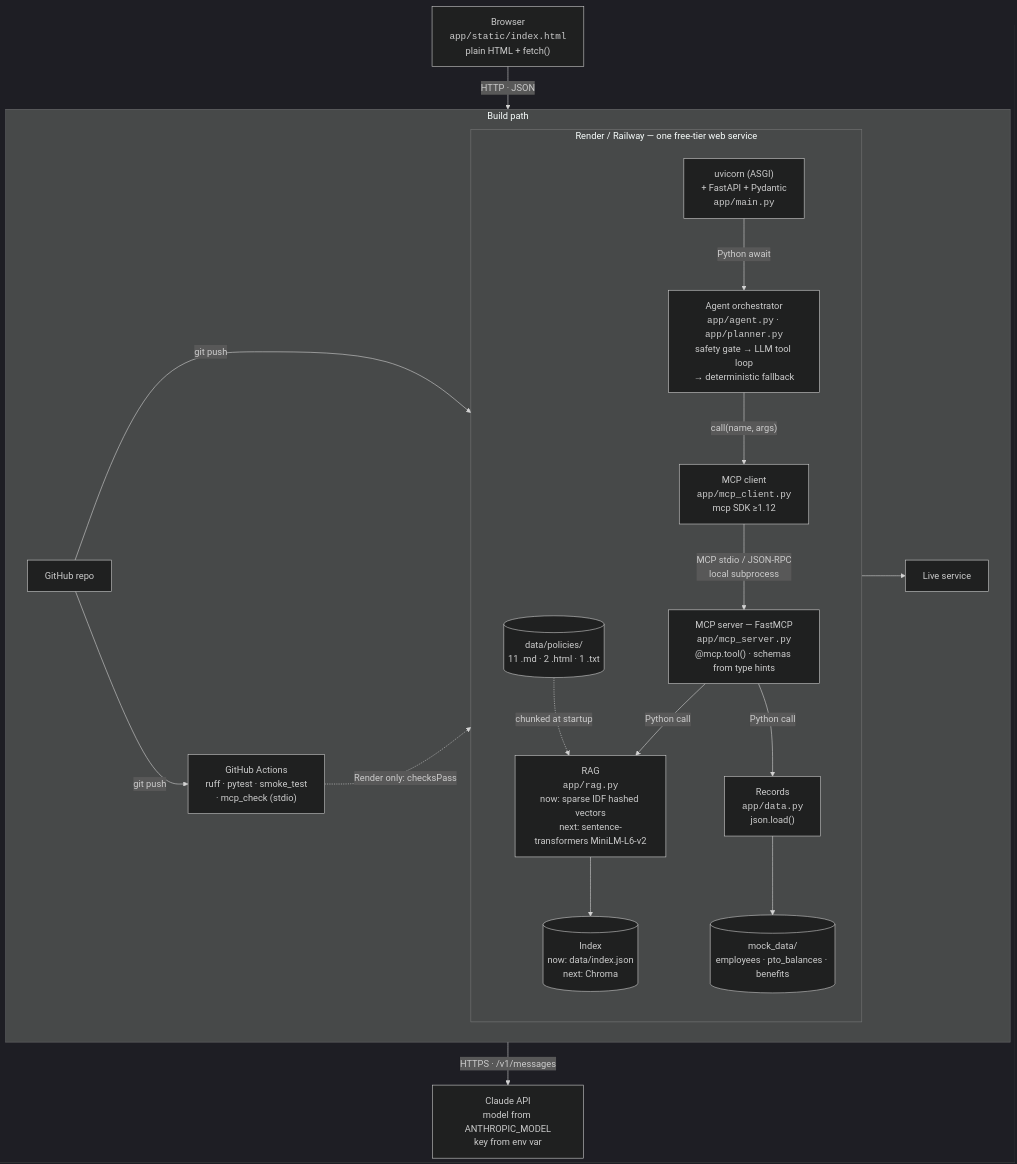
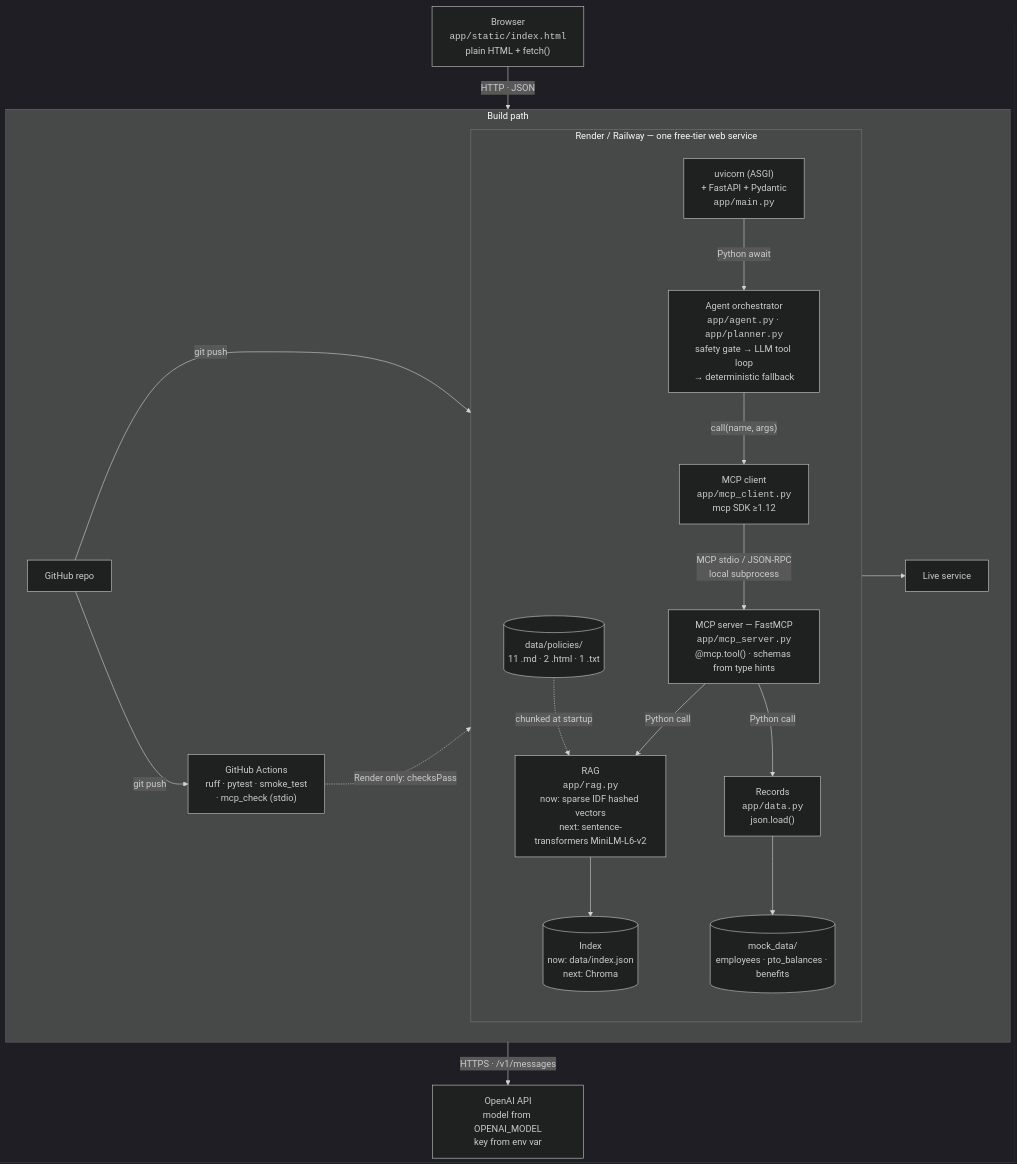
One commit to mehdihamid1/prj changed the second of 2 diagrams in design-and-evaluation.md. Above: the diagram before and after it, drawn with Mermaid (dark theme). The commit also changed other lines of this file and 11 other files, not shown here.

First line of the commit message:
Switch the LLM planner from Anthropic to OpenAI

````diff
--- a/design-and-evaluation.md
+++ b/design-and-evaluation.md
@@ -69,38 +69,38 @@
 ```mermaid
 flowchart TB
     browser["Browser<br/><code>app/static/index.html</code><br/>plain HTML + fetch()"]
 
     subgraph host["Render / Railway — one free-tier web service"]
         direction TB
         server["uvicorn (ASGI)<br/>+ FastAPI + Pydantic<br/><code>app/main.py</code>"]
         orch["Agent orchestrator<br/><code>app/agent.py</code> · <code>app/planner.py</code><br/>safety gate → LLM tool loop<br/>→ deterministic fallback"]
         mcpc["MCP client<br/><code>app/mcp_client.py</code><br/>mcp SDK ≥1.12"]
         mcps["MCP server — FastMCP<br/><code>app/mcp_server.py</code><br/>@mcp.tool() · schemas from type hints"]
         rag["RAG<br/><code>app/rag.py</code><br/>now: sparse IDF hashed vectors<br/>next: sentence-transformers MiniLM-L6-v2"]
         idx[("Index<br/>now: data/index.json<br/>next: Chroma")]
         data["Records<br/><code>app/data.py</code><br/>json.load()"]
         files[("mock_data/<br/>employees · pto_balances · benefits")]
         corpus[("data/policies/<br/>11 .md · 2 .html · 1 .txt")]
     end
 
-    llm["Claude API<br/>model from ANTHROPIC_MODEL<br/>key from env var"]
+    llm["OpenAI API<br/>model from OPENAI_MODEL<br/>key from env var"]
 
     browser -->|"HTTP · JSON"| server
     server -->|"Python await"| orch
     orch -->|"HTTPS · /v1/messages"| llm
     orch -->|"call(name, args)"| mcpc
     mcpc -->|"MCP stdio / JSON-RPC<br/>local subprocess"| mcps
     mcps -->|"Python call"| rag
     mcps -->|"Python call"| data
     rag --> idx
     data --> files
     corpus -. "chunked at startup" .-> rag
 
     subgraph build["Build path"]
         direction LR
         repo["GitHub repo"] -->|"git push"| ci["GitHub Actions<br/>ruff · pytest · smoke_test<br/>· mcp_check (stdio)"]
         repo -->|"git push"| host["Render / Railway build<br/>pip install && pytest<br/>build fails ⇒ no deploy"]
         ci -. "Render only: checksPass" .-> host
         host --> deploy["Live service"]
     end
 ```
````
